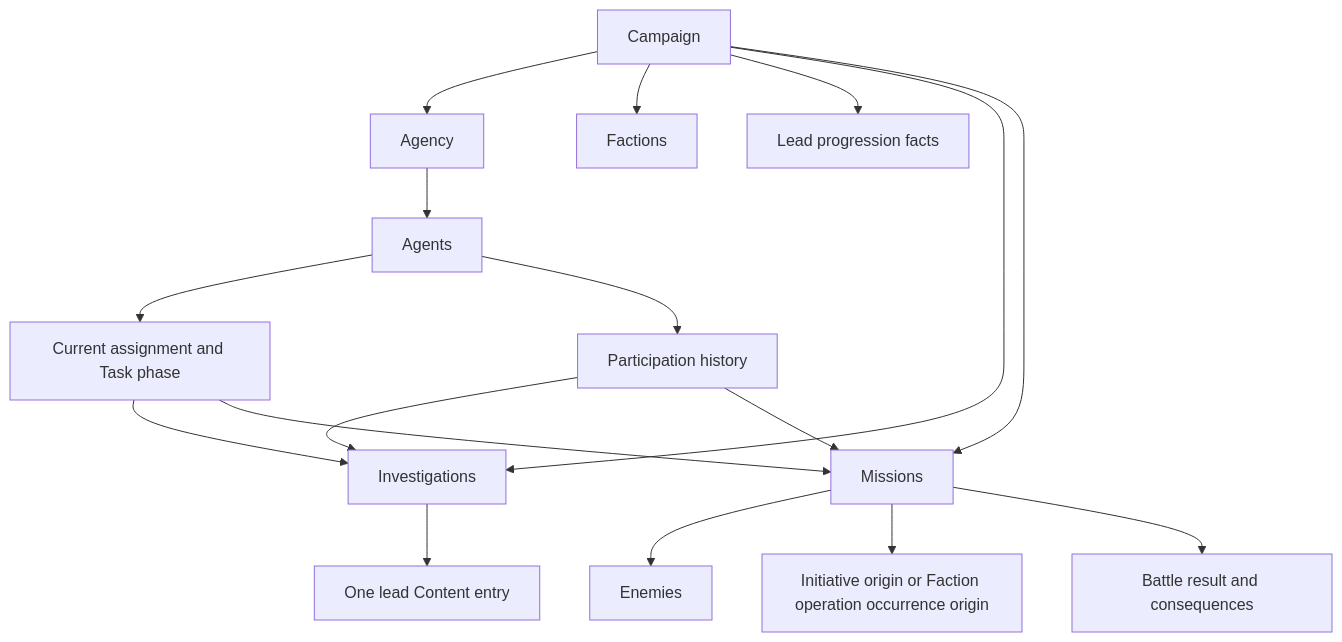
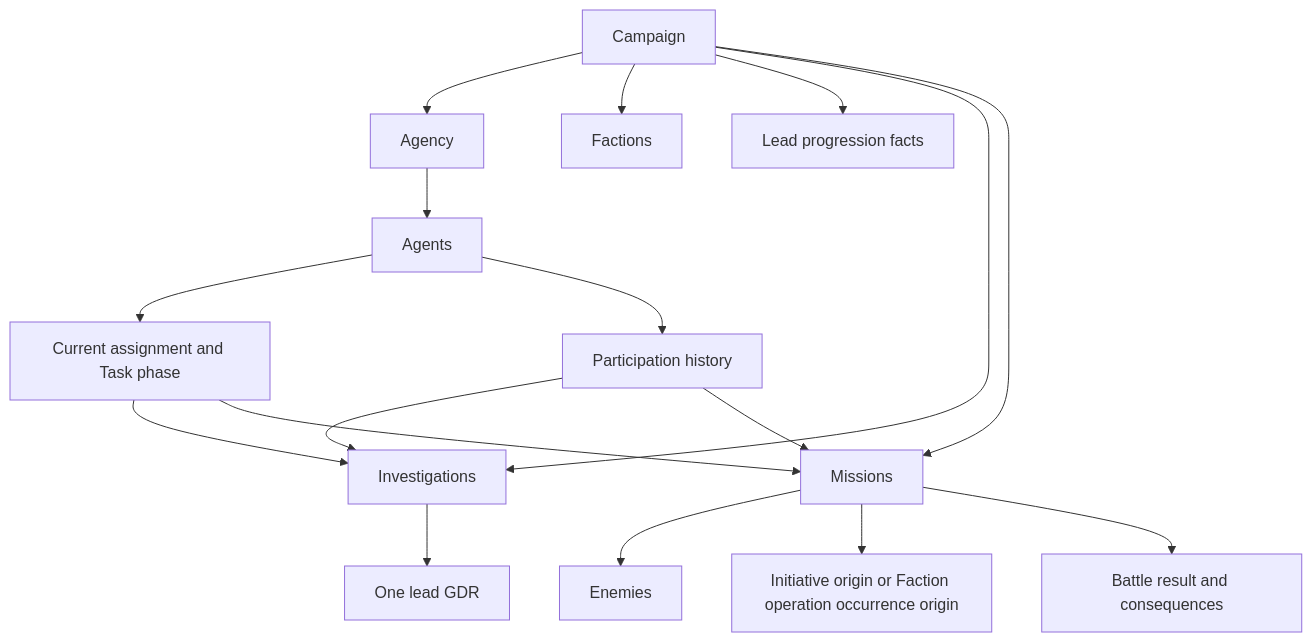
Before and after one commit to konrad-jamrozik/game-v5: the diagram in docs/specs/foundation/domain-model.md, drawn with Mermaid. The commit also changed other lines of this file and 17 other files, not shown here.

Commit message:
Rename Content entry to Game Data Record (GDR)

````diff
--- a/docs/specs/foundation/domain-model.md
+++ b/docs/specs/foundation/domain-model.md
@@ -238,19 +238,19 @@
 ```mermaid
 flowchart TD
     Campaign --> Agency
     Agency --> Agents
     Campaign --> Factions
     Campaign --> Progression["Lead progression facts"]
     Campaign --> Investigations
     Campaign --> Missions
-    Investigations --> Lead["One lead Content entry"]
+    Investigations --> Lead["One lead GDR"]
     Agents --> Assignment["Current assignment and Task phase"]
     Assignment --> Investigations
     Assignment --> Missions
     Agents --> Participation["Participation history"]
     Participation --> Investigations
     Participation --> Missions
     Missions --> Enemies
     Missions --> Origin["Initiative origin or Faction operation occurrence origin"]
     Missions --> Result["Battle result and consequences"]
 ```
````
